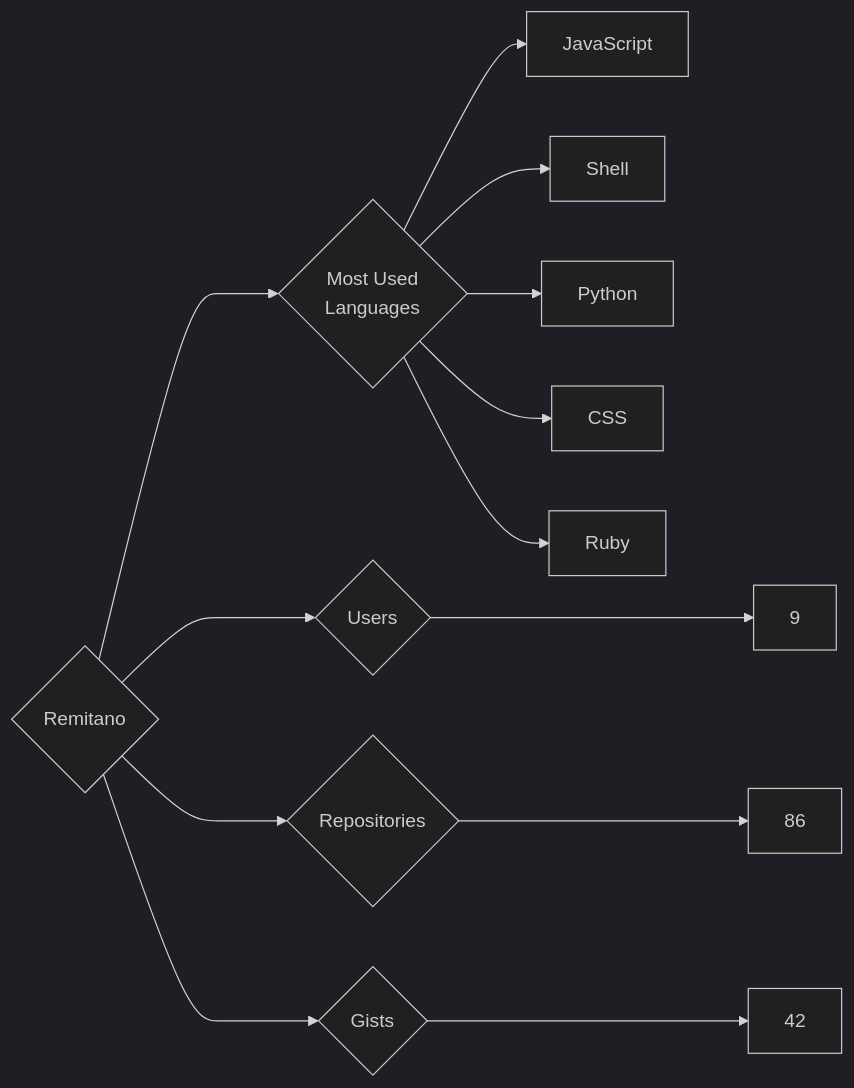
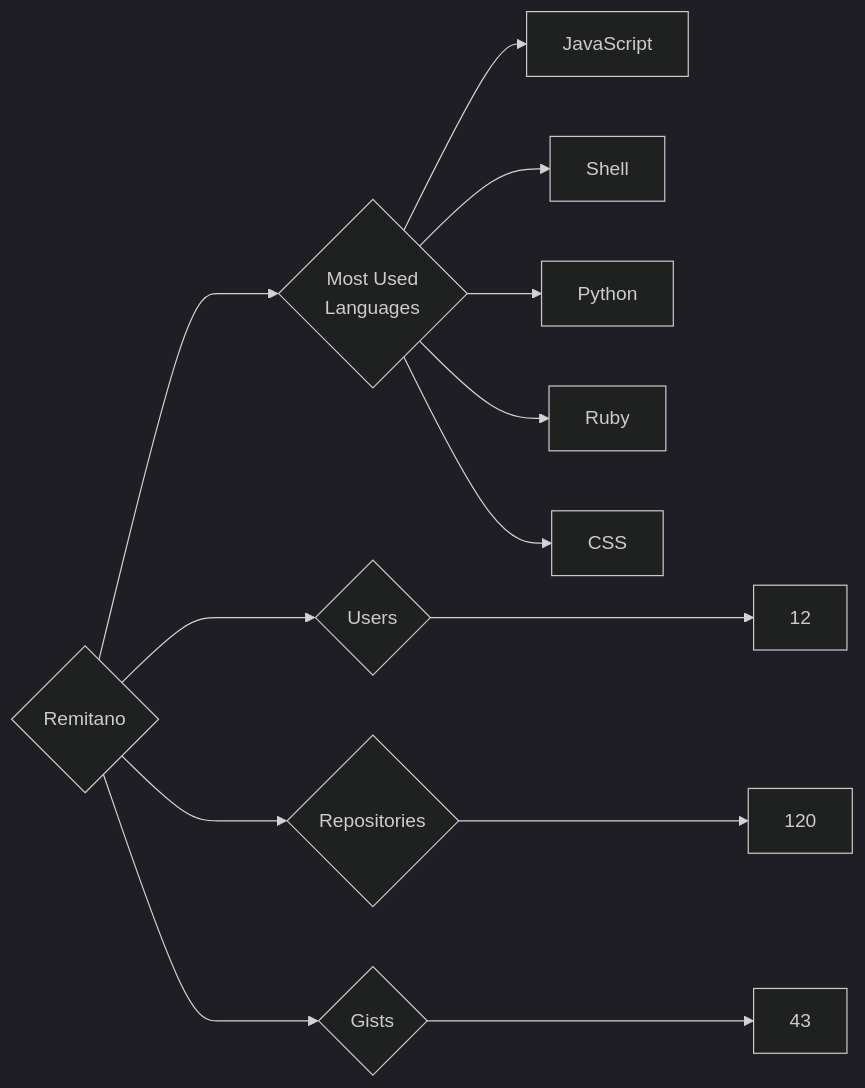
The diagram in targets/Remitano/README.md (trickest/insiders), drawn with Mermaid (dark theme) before and after one commit. The commit also changed 1479 other files, not shown here.

````diff
--- a/targets/Remitano/README.md
+++ b/targets/Remitano/README.md
@@ -3,13 +3,13 @@
 ```mermaid
 graph LR
 COMPANY_NAME{Remitano}
-COMPANY_NAME ---> U{Users} ---> UN[9]
-COMPANY_NAME ---> R{Repositories} ---> RN[86]
-COMPANY_NAME ---> G{Gists} ---> GN[42]
+COMPANY_NAME ---> U{Users} ---> UN[12]
+COMPANY_NAME ---> R{Repositories} ---> RN[120]
+COMPANY_NAME ---> G{Gists} ---> GN[43]
 COMPANY_NAME ---> ML{Most Used<br>Languages}
 ML --> JavaScript[JavaScript]
 ML --> Shell[Shell]
 ML --> Python[Python]
+ML --> Ruby[Ruby]
 ML --> CSS[CSS]
-ML --> Ruby[Ruby]
 ```
````
